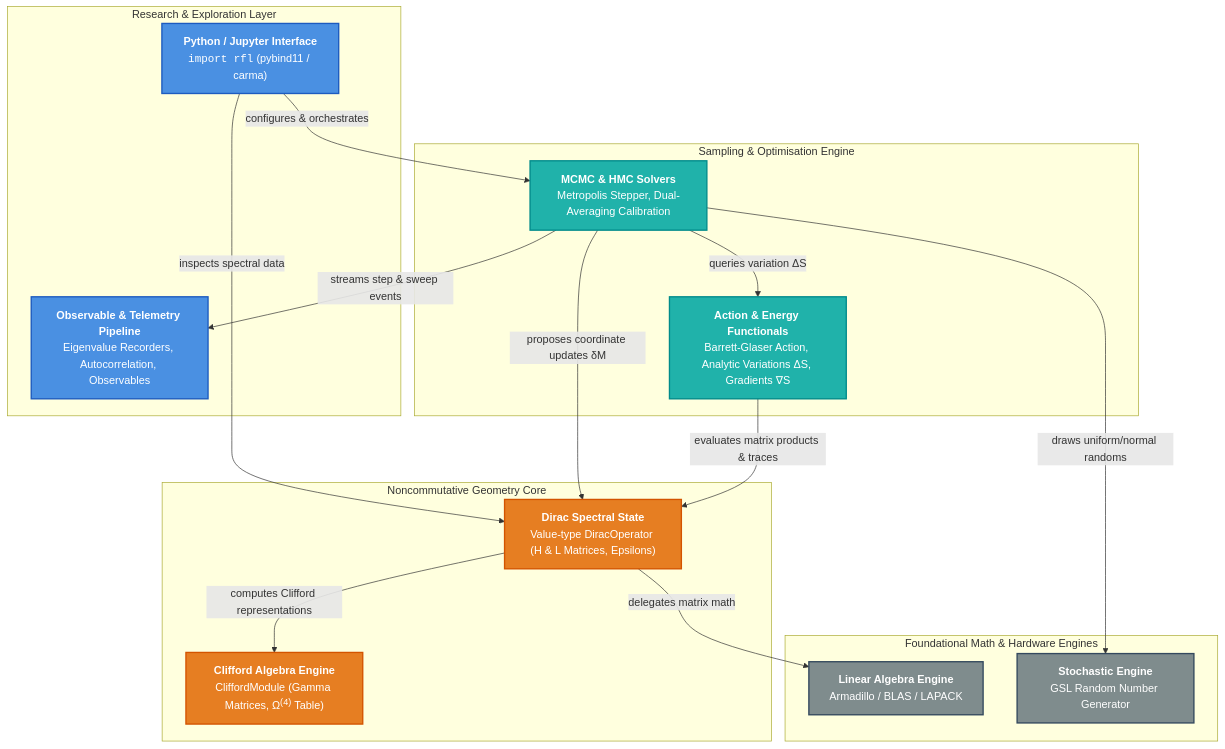
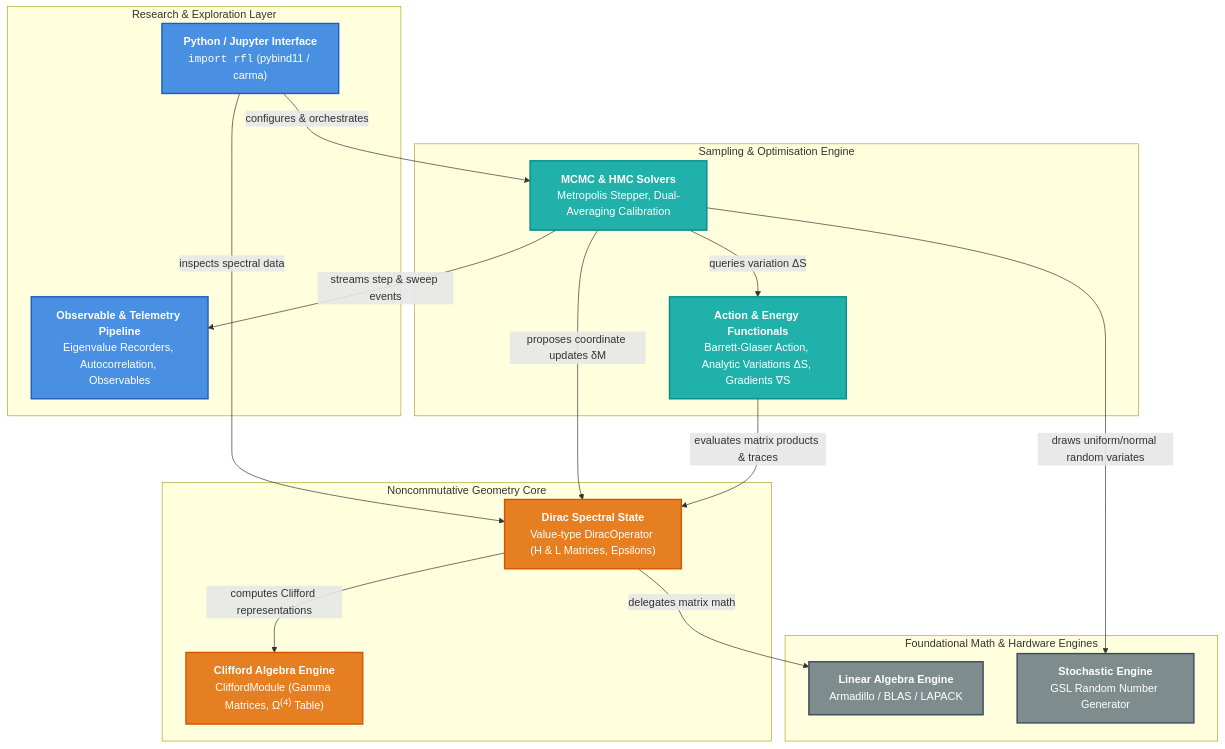
The first of 3 diagrams in docs/Architecture.md (pauldruce/RFL), drawn with Mermaid before and after one commit. The commit also changed other lines of this file and 14 other files, not shown here.

````diff
--- a/docs/Architecture.md
+++ b/docs/Architecture.md
@@ -17,42 +17,42 @@
 ```mermaid
 flowchart TB
     subgraph UserLayer["Research & Exploration Layer"]
         Py["<b>Python / Jupyter Interface</b><br/><code>import rfl</code> (pybind11 / carma)"]
         Obs["<b>Observable & Telemetry Pipeline</b><br/>Eigenvalue Recorders, Autocorrelation, Observables"]
     end
 
     subgraph SimulationCore["Sampling & Optimisation Engine"]
         Sampler["<b>MCMC & HMC Solvers</b><br/>Metropolis Stepper, Dual-Averaging Calibration"]
         Action["<b>Action & Energy Functionals</b><br/>Barrett-Glaser Action, Analytic Variations ΔS, Gradients ∇S"]
     end
 
     subgraph GeometryCore["Noncommutative Geometry Core"]
         Dirac["<b>Dirac Spectral State</b><br/>Value-type DiracOperator (H & L Matrices, Epsilons)"]
         Clifford["<b>Clifford Algebra Engine</b><br/>CliffordModule (Gamma Matrices, Ω<sup>(4)</sup> Table)"]
     end
 
     subgraph HardwareFoundations["Foundational Math & Hardware Engines"]
         Arma["<b>Linear Algebra Engine</b><br/>Armadillo / BLAS / LAPACK"]
         RNG["<b>Stochastic Engine</b><br/>GSL Random Number Generator"]
     end
 
     Py -->|configures & orchestrates| Sampler
     Py -->|inspects spectral data| Dirac
     Sampler -->|proposes coordinate updates δM| Dirac
     Sampler -->|queries variation ΔS| Action
     Sampler -->|streams step & sweep events| Obs
     Action -->|evaluates matrix products & traces| Dirac
     Dirac -->|computes Clifford representations| Clifford
     Dirac -->|delegates matrix math| Arma
-    Sampler -->|draws uniform/normal randoms| RNG
+    Sampler -->|draws uniform/normal random variates| RNG
 
     classDef userStyle fill:#4a90e2,stroke:#1d5bbf,stroke-width:2px,color:#fff;
     classDef simStyle fill:#20b2aa,stroke:#008b8b,stroke-width:2px,color:#fff;
     classDef geomStyle fill:#e67e22,stroke:#d35400,stroke-width:2px,color:#fff;
     classDef baseStyle fill:#7f8c8d,stroke:#34495e,stroke-width:2px,color:#fff;
 
     class Py,Obs userStyle;
     class Sampler,Action simStyle;
     class Dirac,Clifford geomStyle;
     class Arma,RNG baseStyle;
 ```
````
